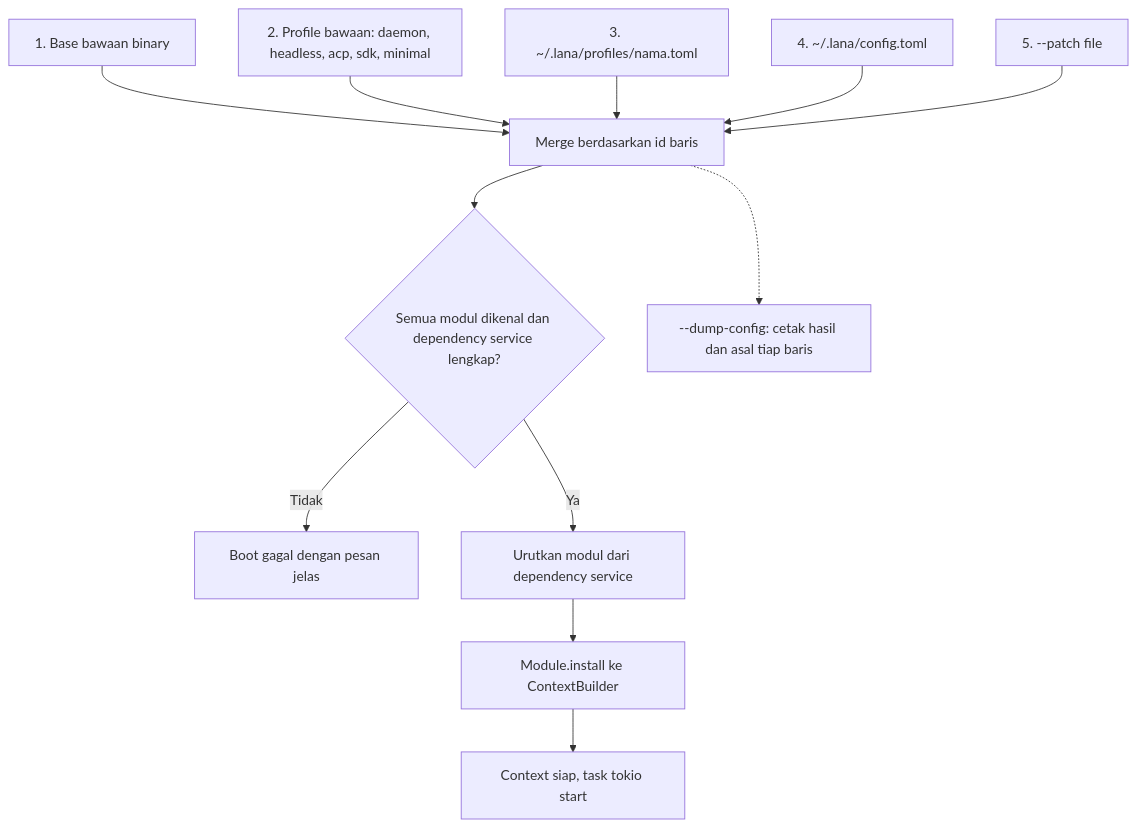
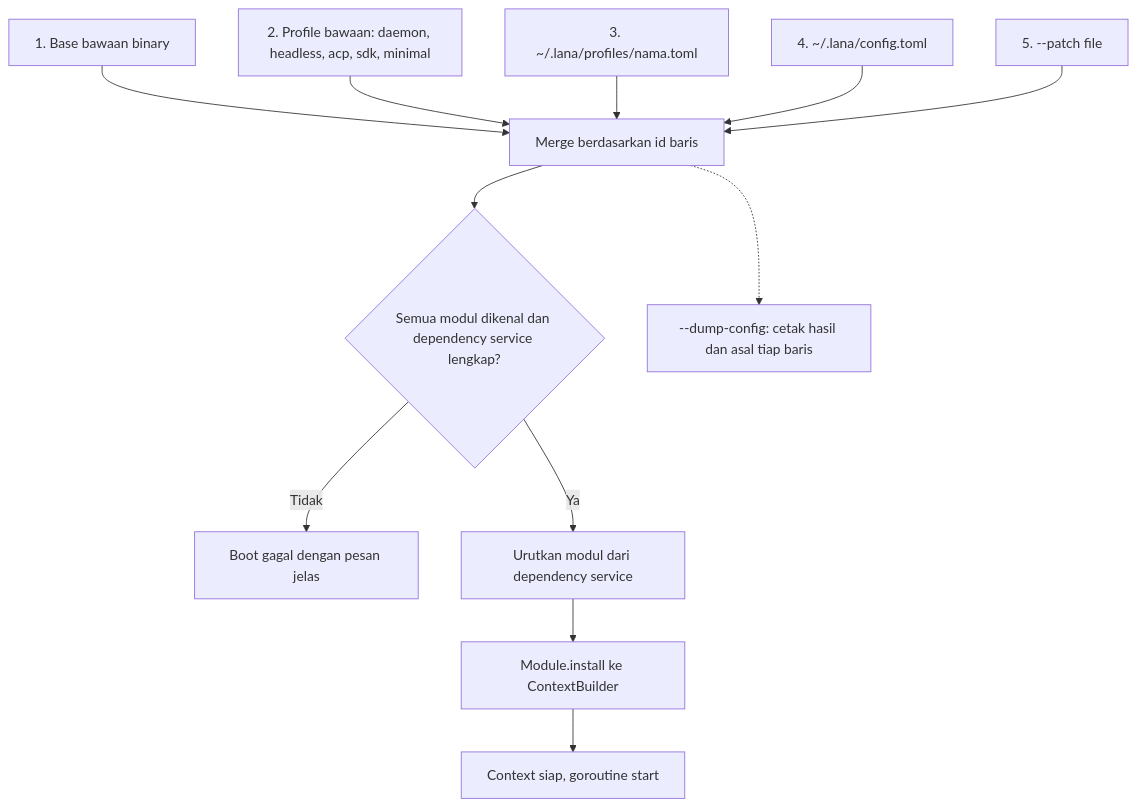
Before and after one commit to ridhomujizat/lana-harness: the first of 6 diagrams in docs/diagram/0004-profile-fork-subagent-dan-protokol.md, drawn with Mermaid. The commit also changed 24 other files, not shown here.

````diff
--- a/docs/diagram/0004-profile-fork-subagent-dan-protokol.md
+++ b/docs/diagram/0004-profile-fork-subagent-dan-protokol.md
@@ -11,14 +11,14 @@
 ```mermaid
 flowchart TD
   L1["1. Base bawaan binary"] --> M["Merge berdasarkan id baris"]
   L2["2. Profile bawaan: daemon, headless, acp, sdk, minimal"] --> M
   L3["3. ~/.lana/profiles/nama.toml"] --> M
   L4["4. ~/.lana/config.toml"] --> M
   L5["5. --patch file"] --> M
   M --> V{"Semua modul dikenal dan dependency service lengkap?"}
   V -- "Tidak" --> Fail["Boot gagal dengan pesan jelas"]
   V -- "Ya" --> Sort["Urutkan modul dari dependency service"]
   Sort --> Install["Module.install ke ContextBuilder"]
-  Install --> Run["Context siap, task tokio start"]
+  Install --> Run["Context siap, goroutine start"]
   M -.-> Dump["--dump-config: cetak hasil dan asal tiap baris"]
 ```
````
